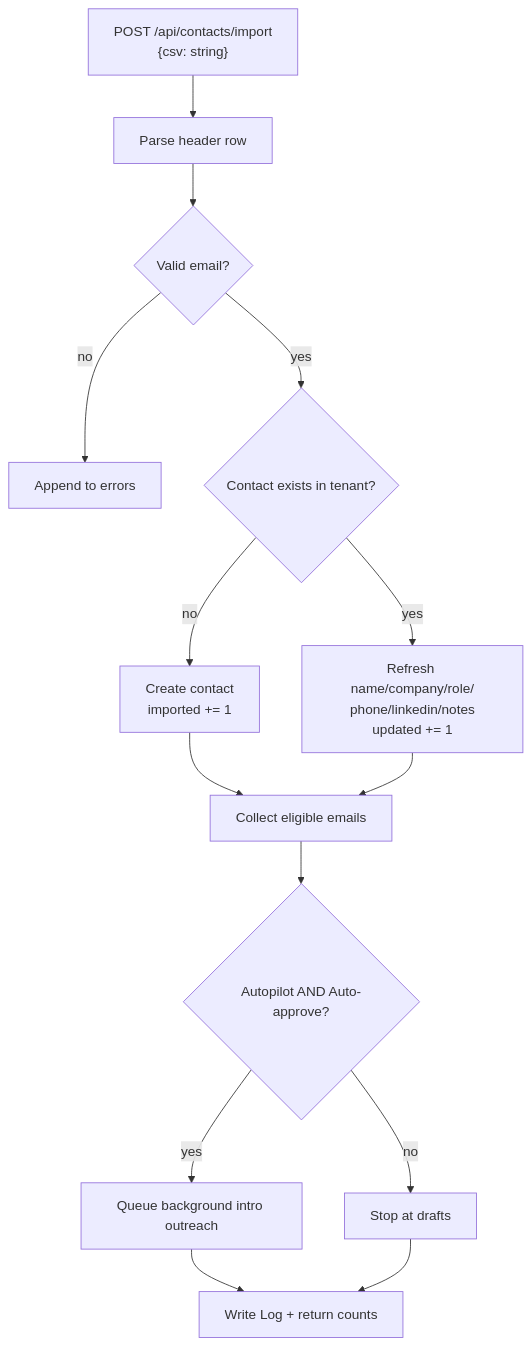
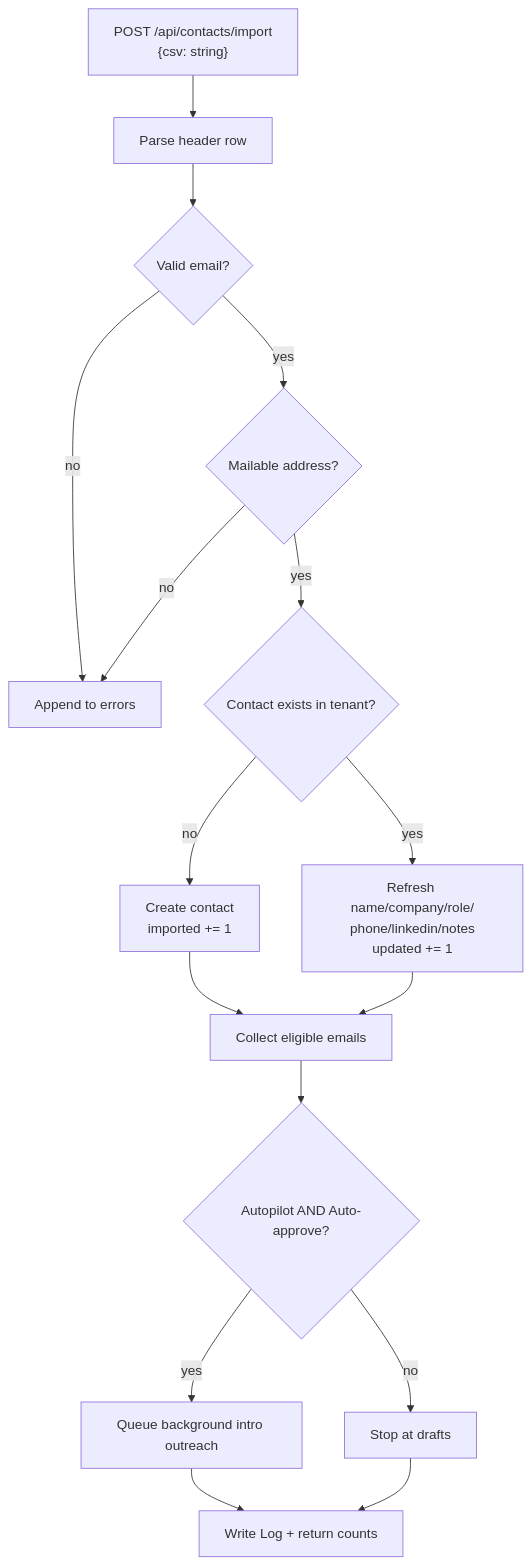
Before and after one commit to SurbhiMishra28/Email-Orchestrator-Agent: the second of 11 diagrams in docs/FLOWS.md, drawn with Mermaid. The commit also changed other lines of this file and 114 other files, not shown here.

````diff
--- a/docs/FLOWS.md
+++ b/docs/FLOWS.md
@@ -33,16 +33,18 @@
 ```mermaid
 flowchart TD
     A["POST /api/contacts/import<br/>{csv: string}"] --> B[Parse header row]
     B --> C{Valid email?}
     C -- no --> D[Append to errors]
-    C -- yes --> E{Contact exists in tenant?}
+    C -- yes --> C2{Mailable address?}
+    C2 -- no --> D
+    C2 -- yes --> E{Contact exists in tenant?}
     E -- no --> F[Create contact<br/>imported += 1]
     E -- yes --> G[Refresh name/company/role/<br/>phone/linkedin/notes<br/>updated += 1]
     F --> H[Collect eligible emails]
     G --> H
     H --> I{Autopilot AND Auto-approve?}
     I -- yes --> J[Queue background intro outreach]
     I -- no --> K[Stop at drafts]
     J --> L[Write Log + return counts]
     K --> L
 ```
````
